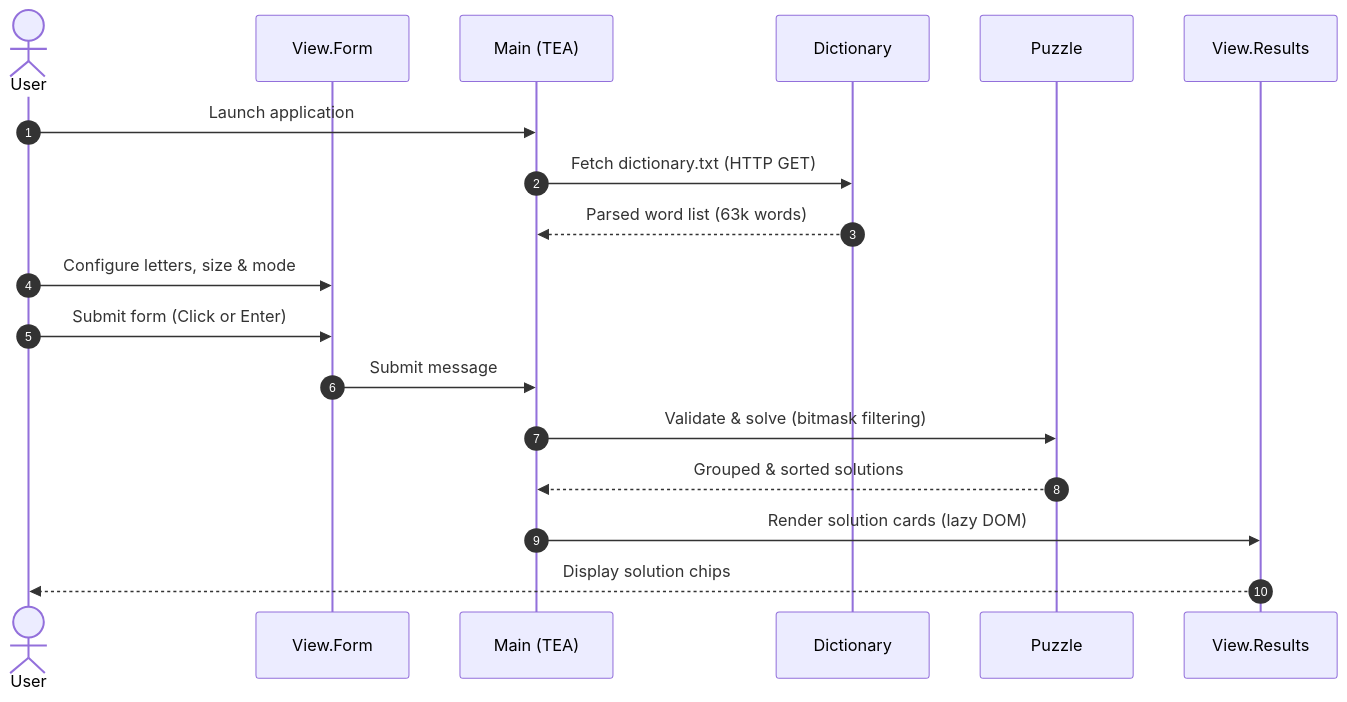
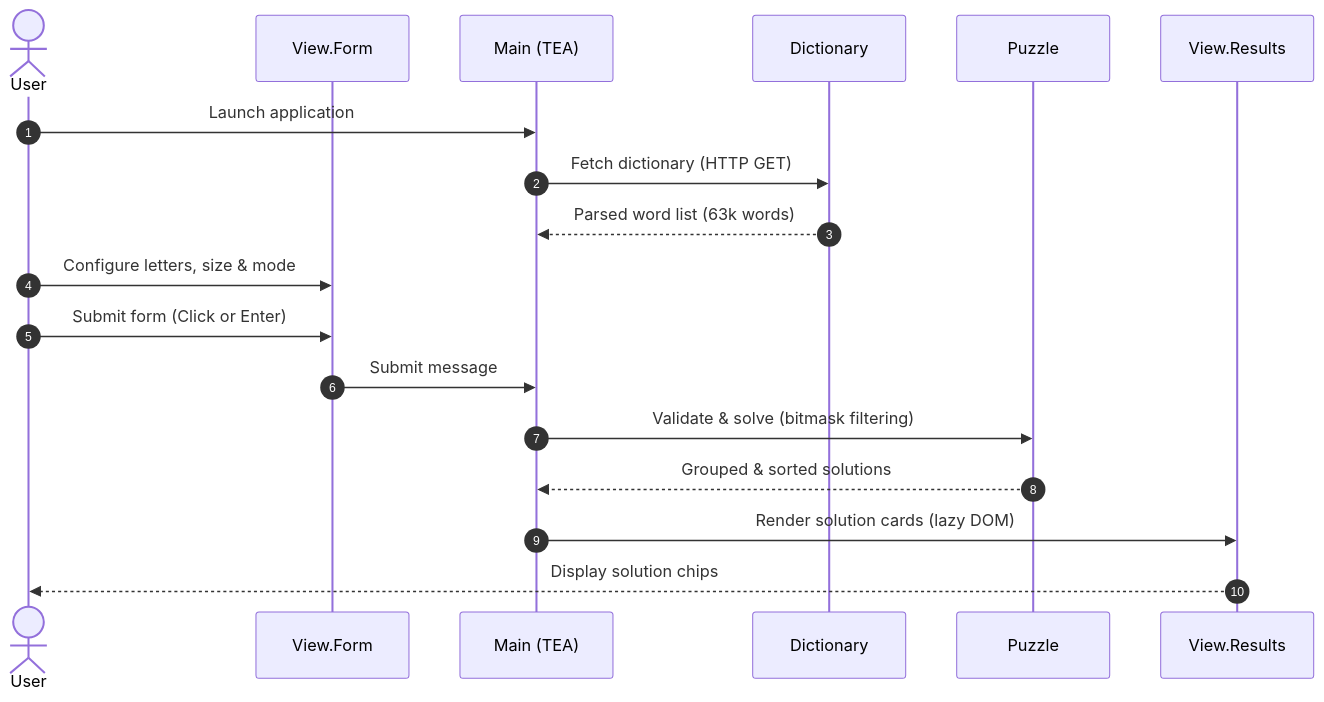
The third of 3 diagrams in README.md (frankhjung/elm-wordpuzzle), drawn with Mermaid before and after one commit. The commit also changed other lines of this file and 13 other files, not shown here.

````diff
--- a/README.md
+++ b/README.md
@@ -234,21 +227,21 @@
 ```mermaid
 sequenceDiagram
-  autonumber
-  actor User as User
-  participant Form as View.Form
-  participant Main as Main (TEA)
-  participant Dict as Dictionary
-  participant Solver as Puzzle
-  participant Results as View.Results
+    autonumber
+    actor User as User
+    participant Form as View.Form
+    participant Main as Main (TEA)
+    participant Dict as Dictionary
+    participant Solver as Puzzle
+    participant Results as View.Results
 
-  User->>Main: Launch application
-  Main->>Dict: Fetch dictionary.txt (HTTP GET)
-  Dict-->>Main: Parsed word list (63k words)
-  User->>Form: Configure letters, size & mode
-  User->>Form: Submit form (Click or Enter)
-  Form->>Main: Submit message
-  Main->>Solver: Validate & solve (bitmask filtering)
-  Solver-->>Main: Grouped & sorted solutions
-  Main->>Results: Render solution cards (lazy DOM)
-  Results-->>User: Display solution chips
+    User->>Main: Launch application
+    Main->>Dict: Fetch dictionary (HTTP GET)
+    Dict-->>Main: Parsed word list (63k words)
+    User->>Form: Configure letters, size & mode
+    User->>Form: Submit form (Click or Enter)
+    Form->>Main: Submit message
+    Main->>Solver: Validate & solve (bitmask filtering)
+    Solver-->>Main: Grouped & sorted solutions
+    Main->>Results: Render solution cards (lazy DOM)
+    Results-->>User: Display solution chips
 ```
````
